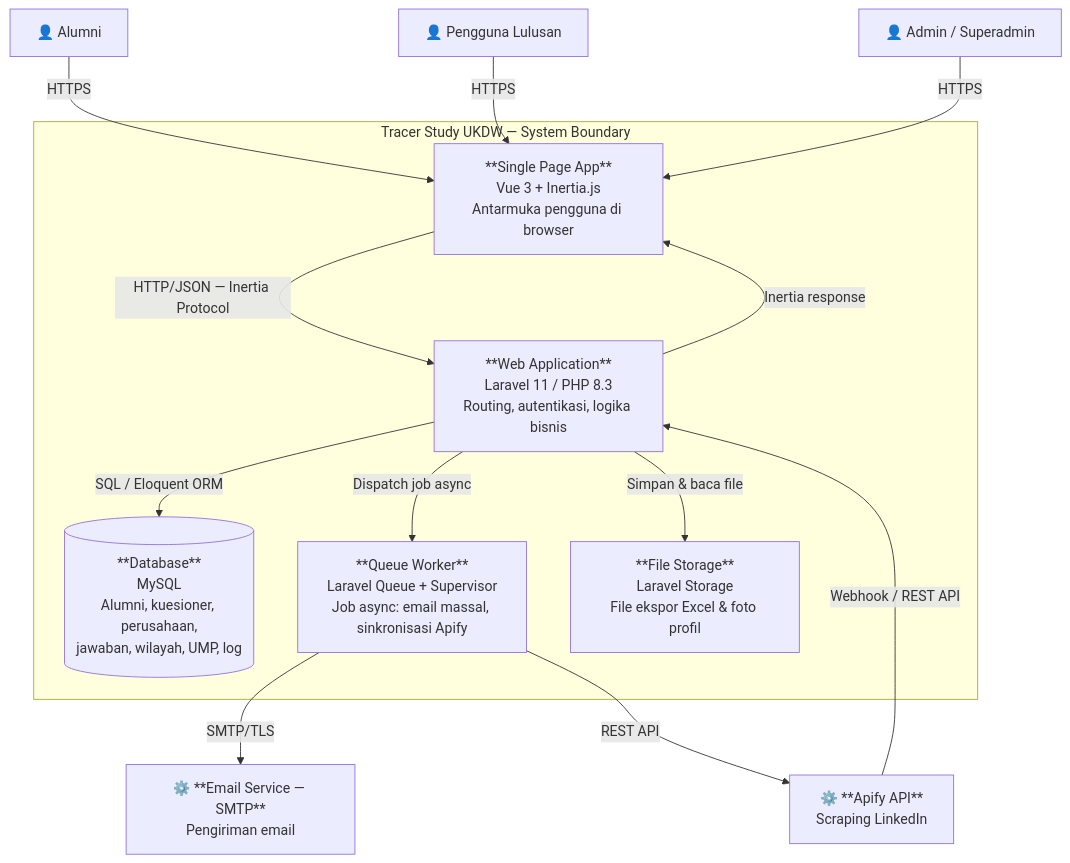
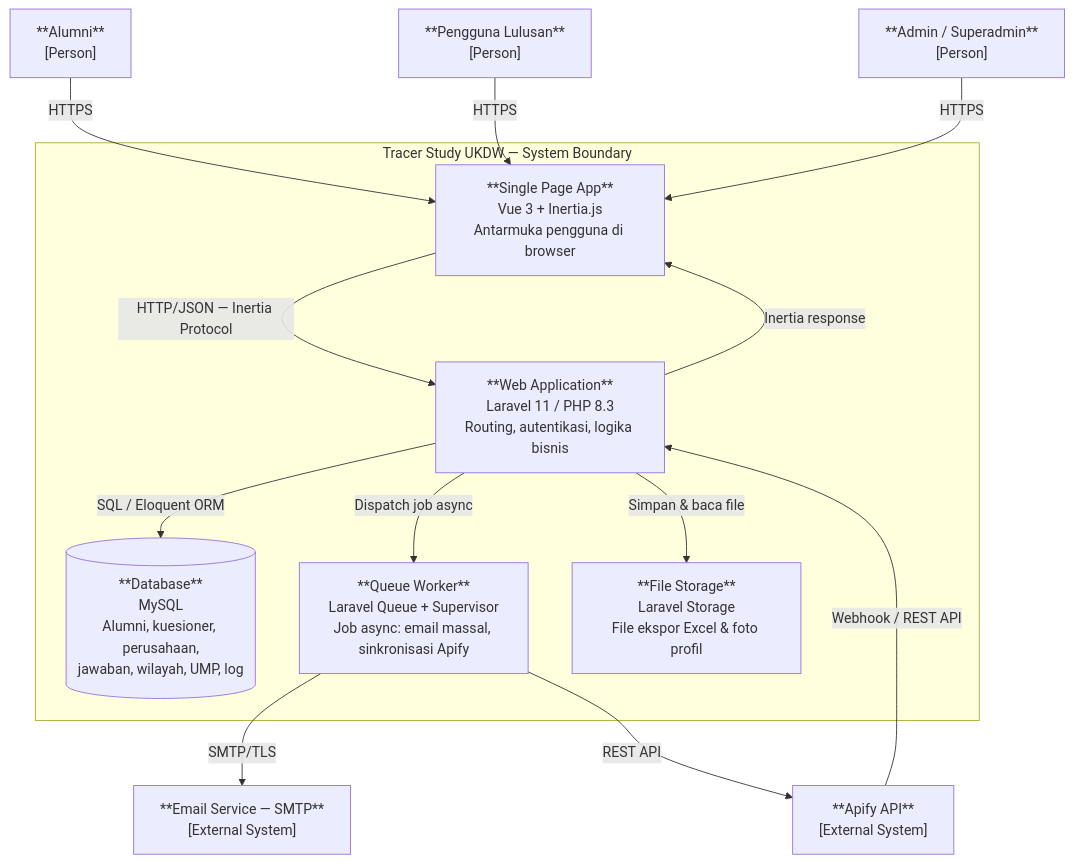
Before and after one commit to claraanjelitakd/tugas-akhir: the second of 2 diagrams in docs/BAB3/c4-diagram.md, drawn with Mermaid. The commit also changed other lines of this file, not shown here.

First line of the commit message:
docs(bab3): perbaiki deskripsi Person & System di C4 diagram

````diff
--- a/docs/BAB3/c4-diagram.md
+++ b/docs/BAB3/c4-diagram.md
@@ -37,31 +37,31 @@
 ```mermaid
 flowchart TB
-    alumni["👤 Alumni"]
-    atasan["👤 Pengguna Lulusan"]
-    admin["👤 Admin / Superadmin"]
+    alumni["**Alumni**\n[Person]"]
+    atasan["**Pengguna Lulusan**\n[Person]"]
+    admin["**Admin / Superadmin**\n[Person]"]
 
     subgraph boundary["Tracer Study UKDW — System Boundary"]
         spa["**Single Page App**\nVue 3 + Inertia.js\nAntarmuka pengguna di browser"]
         webapp["**Web Application**\nLaravel 11 / PHP 8.3\nRouting, autentikasi, logika bisnis"]
         db[("**Database**\nMySQL\nAlumni, kuesioner, perusahaan,\njawaban, wilayah, UMP, log")]
         queue["**Queue Worker**\nLaravel Queue + Supervisor\nJob async: email massal, sinkronisasi Apify"]
         storage["**File Storage**\nLaravel Storage\nFile ekspor Excel & foto profil"]
     end
 
-    apify["⚙️ **Apify API**\nScraping LinkedIn"]
-    smtp["⚙️ **Email Service — SMTP**\nPengiriman email"]
+    apify["**Apify API**\n[External System]"]
+    smtp["**Email Service — SMTP**\n[External System]"]
 
     alumni -->|"HTTPS"| spa
     atasan -->|"HTTPS"| spa
     admin  -->|"HTTPS"| spa
 
     spa    -->|"HTTP/JSON — Inertia Protocol"| webapp
     webapp -->|"Inertia response"| spa
     webapp -->|"SQL / Eloquent ORM"| db
     webapp -->|"Dispatch job async"| queue
     webapp -->|"Simpan & baca file"| storage
 
     queue  -->|"SMTP/TLS"| smtp
     queue  -->|"REST API"| apify
     apify  -->|"Webhook / REST API"| webapp
 ```
````
